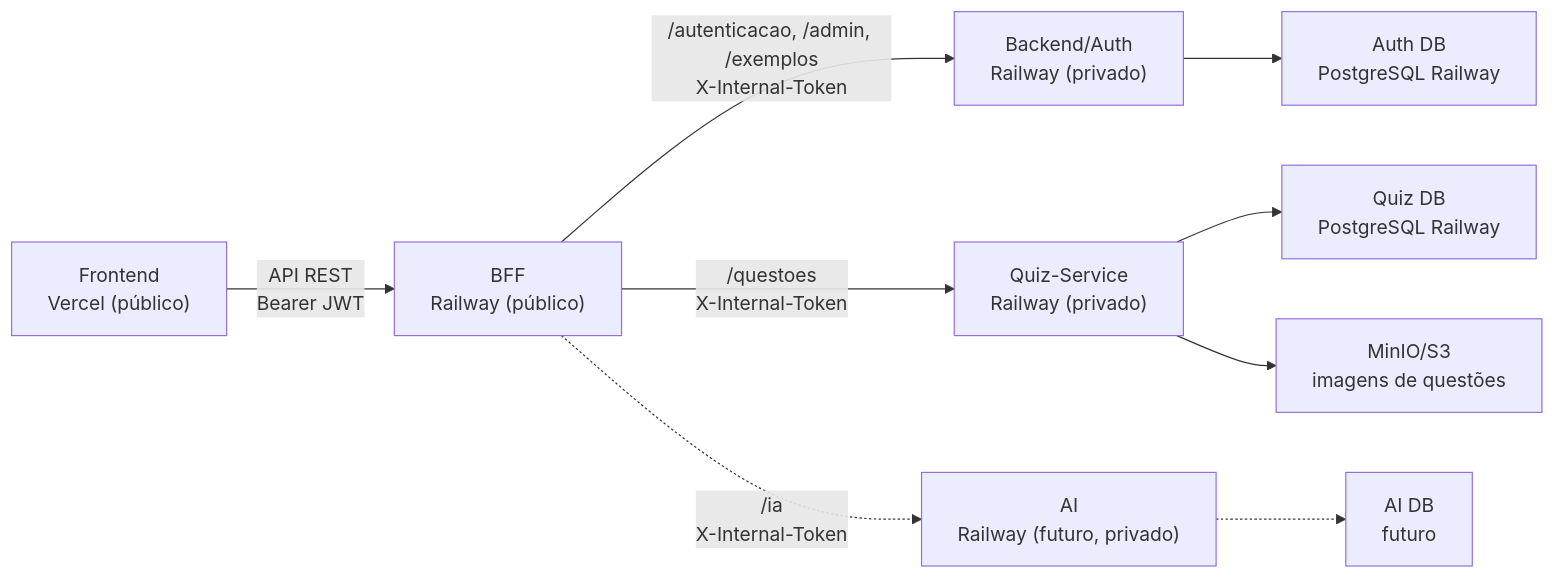
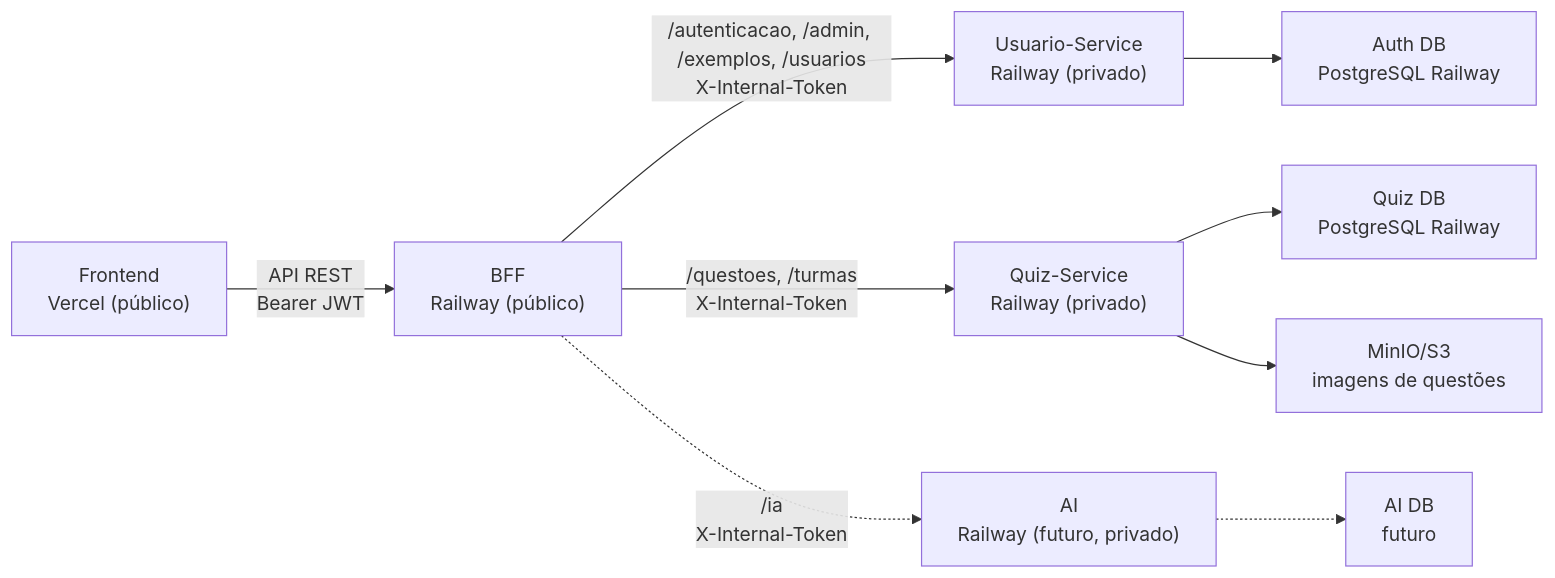
One commit to fga-eps-mds/2026-1-AnatoQuizUp-Doc changed the diagram in docs/arquitetura/visoes/implantacao.md. Above: the diagram before and after it, drawn with Mermaid. The commit also changed other lines of this file and 14 other files, not shown here.

Commit message:
refactor: Muda todos os termos de backend para Usuario-Service de acordo com a arquitetura atual

````diff
--- a/docs/arquitetura/visoes/implantacao.md
+++ b/docs/arquitetura/visoes/implantacao.md
@@ -7,21 +7,21 @@
 ```mermaid
 flowchart LR
     frontend["Frontend<br/>Vercel (público)"]
     bff["BFF<br/>Railway (público)"]
-    auth["Backend/Auth<br/>Railway (privado)"]
+    auth["Usuario-Service<br/>Railway (privado)"]
     quiz["Quiz-Service<br/>Railway (privado)"]
     ai["AI<br/>Railway (futuro, privado)"]
     authDb["Auth DB<br/>PostgreSQL Railway"]
     quizDb["Quiz DB<br/>PostgreSQL Railway"]
     aiDb["AI DB<br/>futuro"]
     storage["MinIO/S3<br/>imagens de questões"]
 
     frontend -->|"API REST<br/>Bearer JWT"| bff
-    bff -->|"/autenticacao, /admin, /exemplos<br/>X-Internal-Token"| auth
-    bff -->|"/questoes<br/>X-Internal-Token"| quiz
+    bff -->|"/autenticacao, /admin, /exemplos, /usuarios<br/>X-Internal-Token"| auth
+    bff -->|"/questoes, /turmas<br/>X-Internal-Token"| quiz
     bff -.->|"/ia<br/>X-Internal-Token"| ai
     auth --> authDb
     quiz --> quizDb
     quiz --> storage
     ai -.-> aiDb
 ```
````
